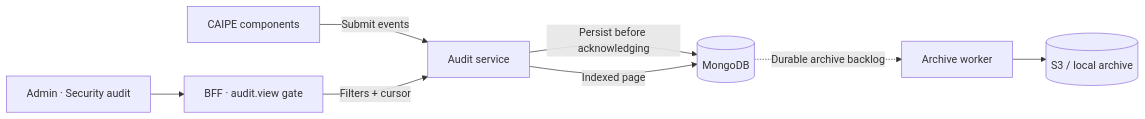
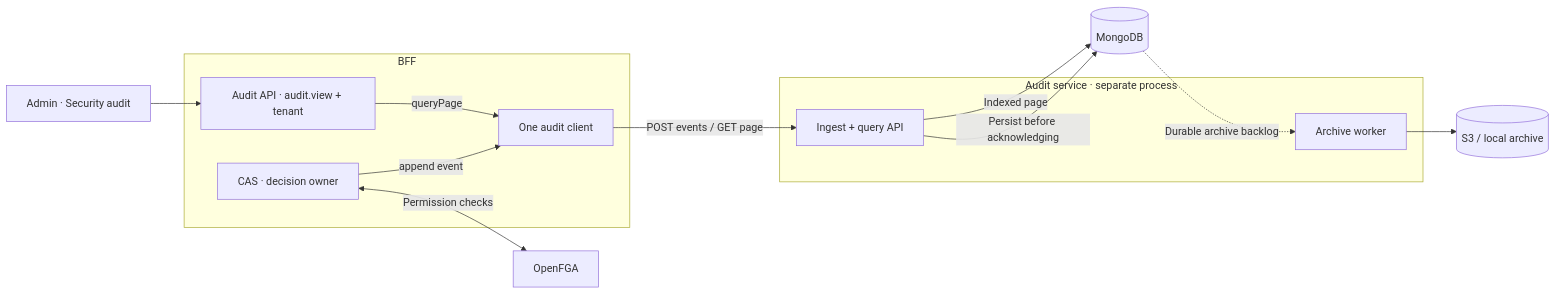
One commit to cnoe-io/ai-platform-engineering changed the diagram in docs/docs/security/rbac/audit-query-store.md. Above: the diagram before and after it, drawn with Mermaid. The commit also changed other lines of this file and 37 other files, not shown here.

Commit message:
refactor(audit): unify BFF event submission and cursor queries

````diff
--- a/docs/docs/security/rbac/audit-query-store.md
+++ b/docs/docs/security/rbac/audit-query-store.md
@@ -6,10 +6,18 @@
 ```mermaid
 flowchart LR
-    P[CAIPE components] -->|Submit events| A[Audit service]
+    subgraph BFF
+      C[CAS · decision owner] -->|append event| Q[One audit client]
+      B[Audit API · audit.view + tenant] -->|queryPage| Q
+    end
+    C <-->|Permission checks| F[OpenFGA]
+    Q -->|POST events / GET page| A
+    subgraph AUDIT[Audit service · separate process]
+      A[Ingest + query API]
+      W[Archive worker]
+    end
     A -->|Persist before acknowledging| M[(MongoDB)]
-    U[Admin · Security audit] --> B[BFF · audit.view gate]
-    B -->|Filters + cursor| A
+    U[Admin · Security audit] --> B
     A -->|Indexed page| M
-    M -. Durable archive backlog .-> W[Archive worker]
+    M -. Durable archive backlog .-> W
     W --> S[(S3 / local archive)]
 ```
````
